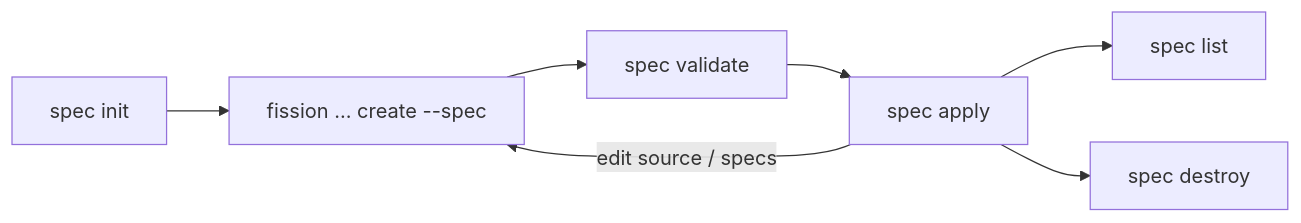
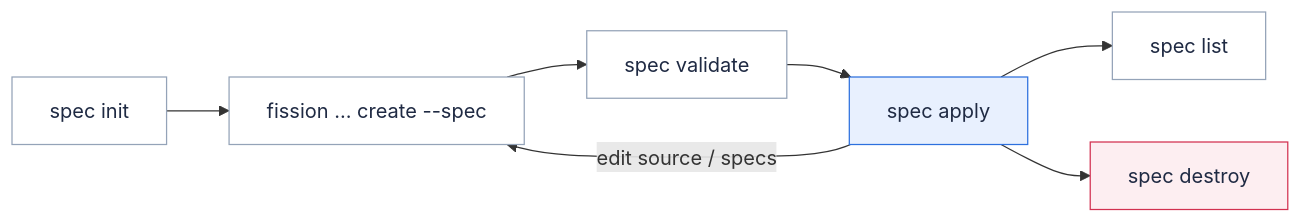
The diagram in content/en/docs/usage/spec/_index.md (fission/fission.io), drawn with Mermaid before and after one commit. The commit also changed 30 other files, not shown here.

First line of the commit message:
Address PR feedback: zoomable diagrams, multi-color kit, centering, preview links

````diff
--- a/content/en/docs/usage/spec/_index.md
+++ b/content/en/docs/usage/spec/_index.md
@@ -58,9 +58,12 @@
 ```mermaid
 flowchart LR
-  init["spec init"] --> generate["fission ... create --spec"]
-  generate --> validate["spec validate"]
-  validate --> apply["spec apply"]
+  init["spec init"]:::user --> generate["fission ... create --spec"]:::user
+  generate --> validate["spec validate"]:::user
+  validate --> apply["spec apply"]:::fission
   apply -->|"edit source / specs"| generate
-  apply --> list["spec list"]
-  apply --> destroy["spec destroy"]
+  apply --> list["spec list"]:::user
+  apply --> destroy["spec destroy"]:::accent
+  classDef user fill:#ffffff,stroke:#94a3b8,color:#1f2a43
+  classDef fission fill:#e8f0fe,stroke:#2d70de,color:#1f2a43
+  classDef accent fill:#fdeef1,stroke:#d23150,color:#1f2a43
 ```
````
